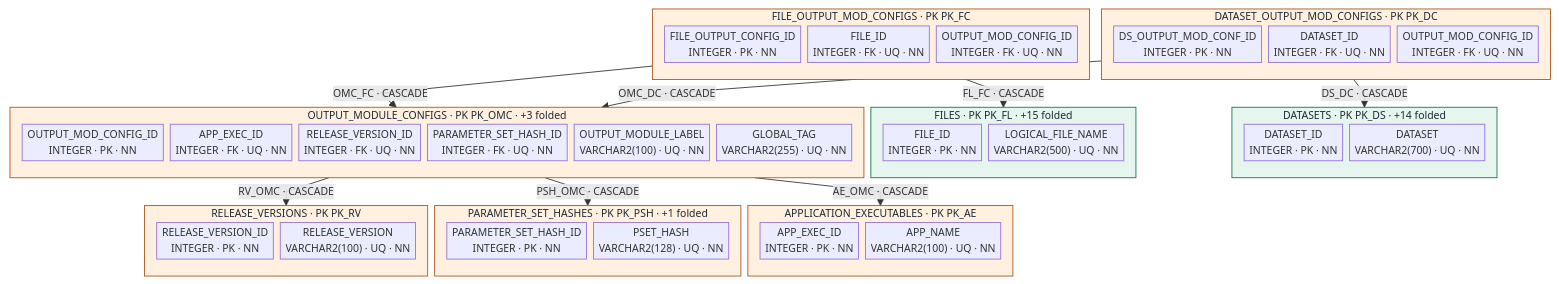
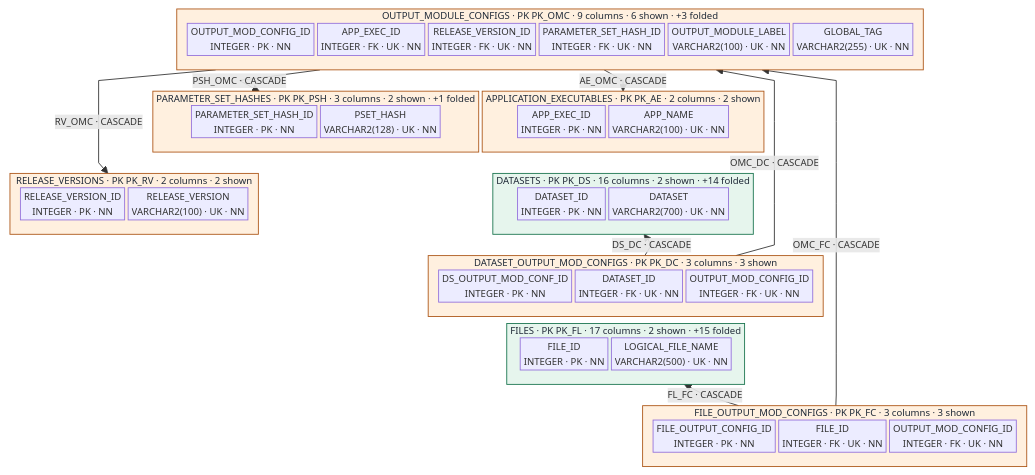
The eighth of 9 diagrams in docs/schema/README.domains.md (todor-ivanov/dbs2go), drawn with Mermaid before and after one commit. The commit also changed other lines of this file and 12 other files, not shown here.

````diff
--- a/docs/schema/README.domains.md
+++ b/docs/schema/README.domains.md
@@ -587,65 +565,72 @@
 ```mermaid
-%%{init: {"flowchart": {"nodeSpacing": 8, "rankSpacing": 14, "curve": "linear", "padding": 3}, "themeVariables": {"fontSize": "12px"}}}%%
+%%{init: {"flowchart": {"nodeSpacing": 4, "rankSpacing": 8, "curve": "linear", "padding": 2}, "themeVariables": {"fontSize": "11px"}}}%%
 flowchart TB
-  subgraph n_sg_APPLICATION_EXECUTABLES["APPLICATION_EXECUTABLES · PK PK_AE"]
+  subgraph n_sg_APPLICATION_EXECUTABLES["APPLICATION_EXECUTABLES · PK PK_AE · 2 columns · 2 shown"]
     direction TB
     n_APPLICATION_EXECUTABLES__APP_EXEC_ID["APP_EXEC_ID<br/>INTEGER · PK · NN"]
-    n_APPLICATION_EXECUTABLES__APP_NAME["APP_NAME<br/>VARCHAR2(100) · UQ · NN"]
+    n_APPLICATION_EXECUTABLES__APP_NAME["APP_NAME<br/>VARCHAR2(100) · UK · NN"]
   end
   style n_sg_APPLICATION_EXECUTABLES fill:#FFF0DF,stroke:#AC5516,color:#1f2937
-  subgraph n_sg_DATASETS["DATASETS · PK PK_DS · +14 folded"]
+  subgraph n_sg_DATASETS["DATASETS · PK PK_DS · 16 columns · 2 shown · +14 folded"]
     direction TB
     n_DATASETS__DATASET_ID["DATASET_ID<br/>INTEGER · PK · NN"]
-    n_DATASETS__DATASET["DATASET<br/>VARCHAR2(700) · UQ · NN"]
+    n_DATASETS__DATASET["DATASET<br/>VARCHAR2(700) · UK · NN"]
   end
   style n_sg_DATASETS fill:#E6F5ED,stroke:#17734D,color:#1f2937
-  subgraph n_sg_DATASET_OUTPUT_MOD_CONFIGS["DATASET_OUTPUT_MOD_CONFIGS · PK PK_DC"]
+  subgraph n_sg_DATASET_OUTPUT_MOD_CONFIGS["DATASET_OUTPUT_MOD_CONFIGS · PK PK_DC · 3 columns · 3 shown"]
     direction TB
     n_DATASET_OUTPUT_MOD_CONFIGS__DS_OUTPUT_MOD_CONF_ID["DS_OUTPUT_MOD_CONF_ID<br/>INTEGER · PK · NN"]
-    n_DATASET_OUTPUT_MOD_CONFIGS__DATASET_ID["DATASET_ID<br/>INTEGER · FK · UQ · NN"]
-    n_DATASET_OUTPUT_MOD_CONFIGS__OUTPUT_MOD_CONFIG_ID["OUTPUT_MOD_CONFIG_ID<br/>INTEGER · FK · UQ · NN"]
+    n_DATASET_OUTPUT_MOD_CONFIGS__DATASET_ID["DATASET_ID<br/>INTEGER · FK · UK · NN"]
+    n_DATASET_OUTPUT_MOD_CONFIGS__OUTPUT_MOD_CONFIG_ID["OUTPUT_MOD_CONFIG_ID<br/>INTEGER · FK · UK · NN"]
   end
   style n_sg_DATASET_OUTPUT_MOD_CONFIGS fill:#FFF0DF,stroke:#AC5516,color:#1f2937
-  subgraph n_sg_FILES["FILES · PK PK_FL · +15 folded"]
+  subgraph n_sg_FILES["FILES · PK PK_FL · 17 columns · 2 shown · +15 folded"]
     direction TB
     n_FILES__FILE_ID["FILE_ID<br/>INTEGER · PK · NN"]
-    n_FILES__LOGICAL_FILE_NAME["LOGICAL_FILE_NAME<br/>VARCHAR2(500) · UQ · NN"]
+    n_FILES__LOGICAL_FILE_NAME["LOGICAL_FILE_NAME<br/>VARCHAR2(500) · UK · NN"]
   end
   style n_sg_FILES fill:#E6F5ED,stroke:#17734D,color:#1f2937
-  subgraph n_sg_FILE_OUTPUT_MOD_CONFIGS["FILE_OUTPUT_MOD_CONFIGS · PK PK_FC"]
+  subgraph n_sg_FILE_OUTPUT_MOD_CONFIGS["FILE_OUTPUT_MOD_CONFIGS · PK PK_FC · 3 columns · 3 shown"]
     direction TB
     n_FILE_OUTPUT_MOD_CONFIGS__FILE_OUTPUT_CONFIG_ID["FILE_OUTPUT_CONFIG_ID<br/>INTEGER · PK · NN"]
-    n_FILE_OUTPUT_MOD_CONFIGS__FILE_ID["FILE_ID<br/>INTEGER · FK · UQ · NN"]
-    n_FILE_OUTPUT_MOD_CONFIGS__OUTPUT_MOD_CONFIG_ID["OUTPUT_MOD_CONFIG_ID<br/>INTEGER · FK · UQ · NN"]
+    n_FILE_OUTPUT_MOD_CONFIGS__FILE_ID["FILE_ID<br/>INTEGER · FK · UK · NN"]
+    n_FILE_OUTPUT_MOD_CONFIGS__OUTPUT_MOD_CONFIG_ID["OUTPUT_MOD_CONFIG_ID<br/>INTEGER · FK · UK · NN"]
   end
   style n_sg_FILE_OUTPUT_MOD_CONFIGS fill:#FFF0DF,stroke:#AC5516,color:#1f2937
-  subgraph n_sg_OUTPUT_MODULE_CONFIGS["OUTPUT_MODULE_CONFIGS · PK PK_OMC · +3 folded"]
+  subgraph n_sg_OUTPUT_MODULE_CONFIGS["OUTPUT_MODULE_CONFIGS · PK PK_OMC · 9 columns · 6 shown · +3 folded"]
     direction TB
     n_OUTPUT_MODULE_CONFIGS__OUTPUT_MOD_CONFIG_ID["OUTPUT_MOD_CONFIG_ID<br/>INTEGER · PK · NN"]
-    n_OUTPUT_MODULE_CONFIGS__APP_EXEC_ID["APP_EXEC_ID<br/>INTEGER · FK · UQ · NN"]
-    n_OUTPUT_MODULE_CONFIGS__RELEASE_VERSION_ID["RELEASE_VERSION_ID<br/>INTEGER · FK · UQ · NN"]
-    n_OUTPUT_MODULE_CONFIGS__PARAMETER_SET_HASH_ID["PARAMETER_SET_HASH_ID<br/>INTEGER · FK · UQ · NN"]
-    n_OUTPUT_MODULE_CONFIGS__OUTPUT_MODULE_LABEL["OUTPUT_MODULE_LABEL<br/>VARCHAR2(100) · UQ · NN"]
-    n_OUTPUT_MODULE_CONFIGS__GLOBAL_TAG["GLOBAL_TAG<br/>VARCHAR2(255) · UQ · NN"]
+    n_OUTPUT_MODULE_CONFIGS__APP_EXEC_ID["APP_EXEC_ID<br/>INTEGER · FK · UK · NN"]
+    n_OUTPUT_MODULE_CONFIGS__RELEASE_VERSION_ID["RELEASE_VERSION_ID<br/>INTEGER · FK · UK · NN"]
+    n_OUTPUT_MODULE_CONFIGS__PARAMETER_SET_HASH_ID["PARAMETER_SET_HASH_ID<br/>INTEGER · FK · UK · NN"]
+    n_OUTPUT_MODULE_CONFIGS__OUTPUT_MODULE_LABEL["OUTPUT_MODULE_LABEL<br/>VARCHAR2(100) · UK · NN"]
+    n_OUTPUT_MODULE_CONFIGS__GLOBAL_TAG["GLOBAL_TAG<br/>VARCHAR2(255) · UK · NN"]
   end
   style n_sg_OUTPUT_MODULE_CONFIGS fill:#FFF0DF,stroke:#AC5516,color:#1f2937
-  subgraph n_sg_PARAMETER_SET_HASHES["PARAMETER_SET_HASHES · PK PK_PSH · +1 folded"]
+  subgraph n_sg_PARAMETER_SET_HASHES["PARAMETER_SET_HASHES · PK PK_PSH · 3 columns · 2 shown · +1 folded"]
     direction TB
     n_PARAMETER_SET_HASHES__PARAMETER_SET_HASH_ID["PARAMETER_SET_HASH_ID<br/>INTEGER · PK · NN"]
-    n_PARAMETER_SET_HASHES__PSET_HASH["PSET_HASH<br/>VARCHAR2(128) · UQ · NN"]
+    n_PARAMETER_SET_HASHES__PSET_HASH["PSET_HASH<br/>VARCHAR2(128) · UK · NN"]
   end
   style n_sg_PARAMETER_SET_HASHES fill:#FFF0DF,stroke:#AC5516,color:#1f2937
-  subgraph n_sg_RELEASE_VERSIONS["RELEASE_VERSIONS · PK PK_RV"]
+  subgraph n_sg_RELEASE_VERSIONS["RELEASE_VERSIONS · PK PK_RV · 2 columns · 2 shown"]
     direction TB
     n_RELEASE_VERSIONS__RELEASE_VERSION_ID["RELEASE_VERSION_ID<br/>INTEGER · PK · NN"]
-    n_RELEASE_VERSIONS__RELEASE_VERSION["RELEASE_VERSION<br/>VARCHAR2(100) · UQ · NN"]
+    n_RELEASE_VERSIONS__RELEASE_VERSION["RELEASE_VERSION<br/>VARCHAR2(100) · UK · NN"]
   end
   style n_sg_RELEASE_VERSIONS fill:#FFF0DF,stroke:#AC5516,color:#1f2937
+  n_sg_APPLICATION_EXECUTABLES ~~~ n_sg_DATASETS
+  n_sg_DATASETS ~~~ n_sg_DATASET_OUTPUT_MOD_CONFIGS
+  n_sg_DATASET_OUTPUT_MOD_CONFIGS ~~~ n_sg_FILES
+  n_sg_FILES ~~~ n_sg_FILE_OUTPUT_MOD_CONFIGS
+  n_sg_FILE_OUTPUT_MOD_CONFIGS ~~~ n_sg_OUTPUT_MODULE_CONFIGS
+  n_sg_OUTPUT_MODULE_CONFIGS ~~~ n_sg_PARAMETER_SET_HASHES
+  n_sg_PARAMETER_SET_HASHES ~~~ n_sg_RELEASE_VERSIONS
   n_DATASET_OUTPUT_MOD_CONFIGS__DATASET_ID -->|"DS_DC · CASCADE"| n_DATASETS__DATASET_ID
   n_DATASET_OUTPUT_MOD_CONFIGS__OUTPUT_MOD_CONFIG_ID -->|"OMC_DC · CASCADE"| n_OUTPUT_MODULE_CONFIGS__OUTPUT_MOD_CONFIG_ID
   n_FILE_OUTPUT_MOD_CONFIGS__FILE_ID -->|"FL_FC · CASCADE"| n_FILES__FILE_ID
   n_FILE_OUTPUT_MOD_CONFIGS__OUTPUT_MOD_CONFIG_ID -->|"OMC_FC · CASCADE"| n_OUTPUT_MODULE_CONFIGS__OUTPUT_MOD_CONFIG_ID
   n_OUTPUT_MODULE_CONFIGS__APP_EXEC_ID -->|"AE_OMC · CASCADE"| n_APPLICATION_EXECUTABLES__APP_EXEC_ID
   n_OUTPUT_MODULE_CONFIGS__PARAMETER_SET_HASH_ID -->|"PSH_OMC · CASCADE"| n_PARAMETER_SET_HASHES__PARAMETER_SET_HASH_ID
   n_OUTPUT_MODULE_CONFIGS__RELEASE_VERSION_ID -->|"RV_OMC · CASCADE"| n_RELEASE_VERSIONS__RELEASE_VERSION_ID
 ```
````
